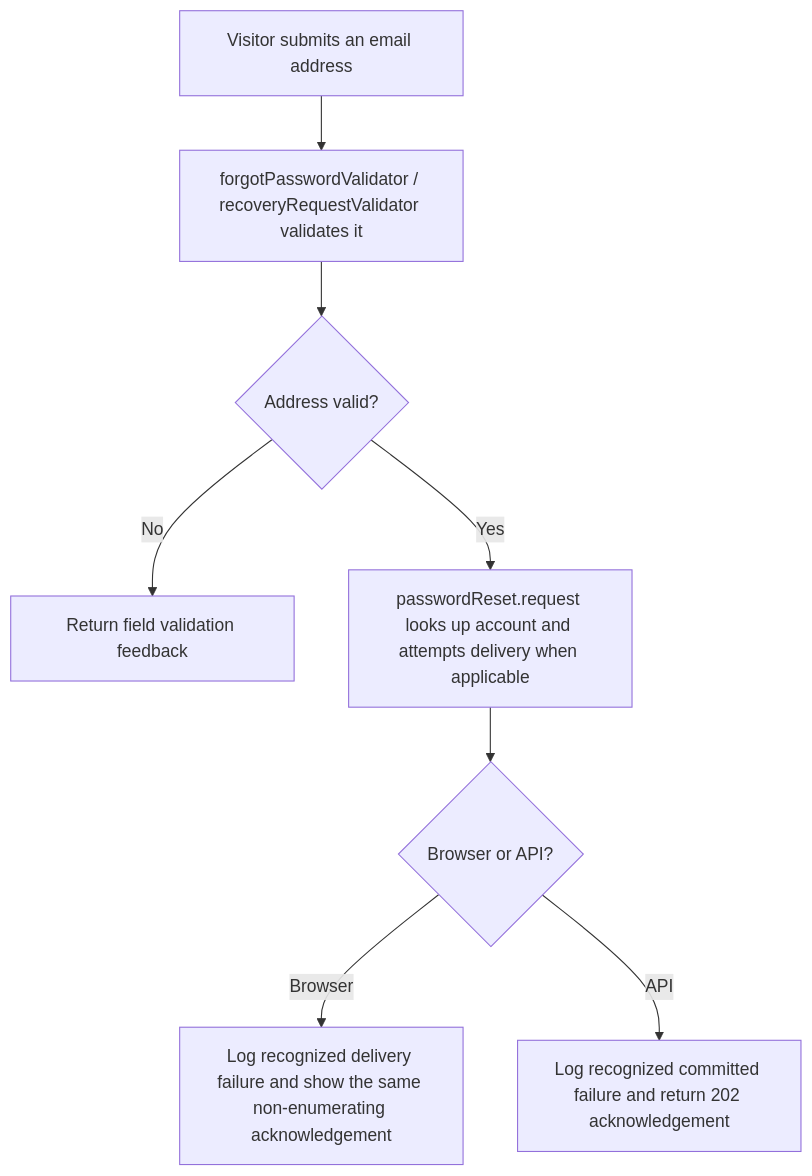
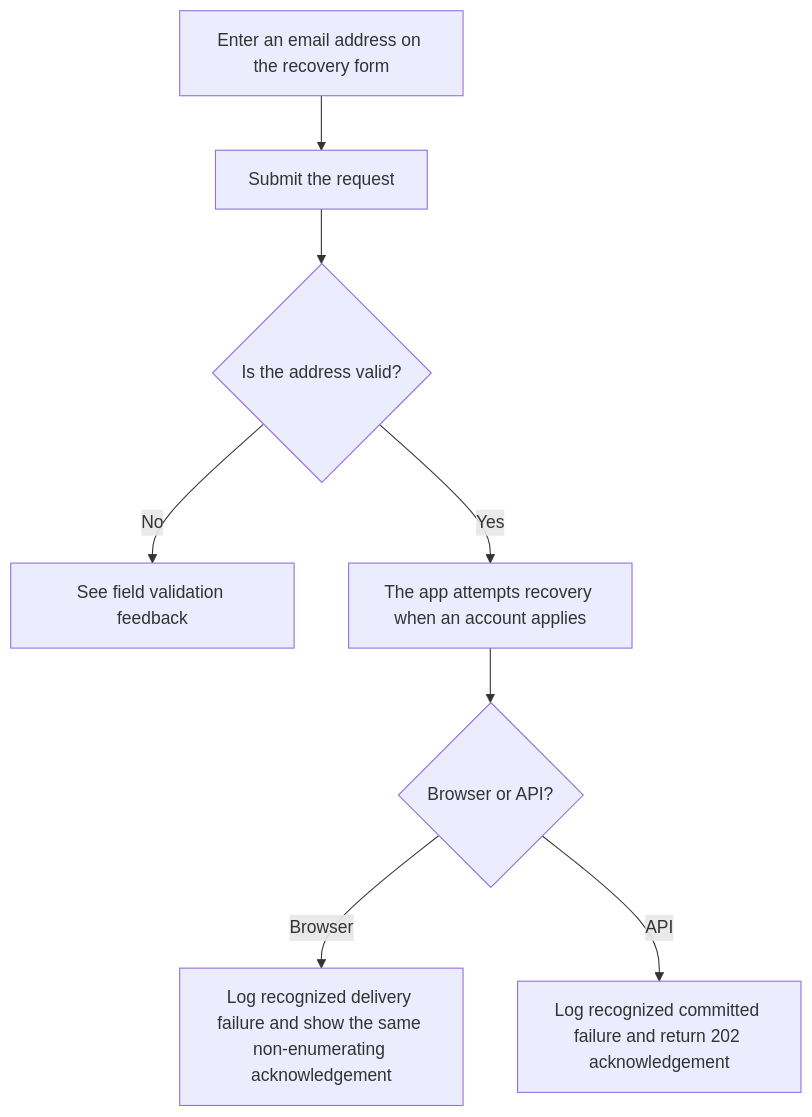
Before and after one commit to Kevinjohn/oss-adonisjs-starter-examples: the first of 2 diagrams in user-stories/accounts/us-account-08-request-password-reset.md, drawn with Mermaid. The commit also changed 29 other files, not shown here.

````diff
--- a/user-stories/accounts/us-account-08-request-password-reset.md
+++ b/user-stories/accounts/us-account-08-request-password-reset.md
@@ -24,10 +24,10 @@
 ```mermaid
 flowchart TD
-    A["Visitor submits an email address"] --> B["forgotPasswordValidator / recoveryRequestValidator validates it"]
-    B --> C{"Address valid?"}
-    C -->|No| D["Return field validation feedback"]
-    C -->|Yes| E["passwordReset.request looks up account and attempts delivery when applicable"]
+    A["Enter an email address on the recovery form"] --> B["Submit the request"]
+    B --> C{"Is the address valid?"}
+    C -->|No| D["See field validation feedback"]
+    C -->|Yes| E["The app attempts recovery when an account applies"]
     E --> F{"Browser or API?"}
     F -->|Browser| G["Log recognized delivery failure and show the same non-enumerating acknowledgement"]
     F -->|API| H["Log recognized committed failure and return 202 acknowledgement"]
 ```
````
